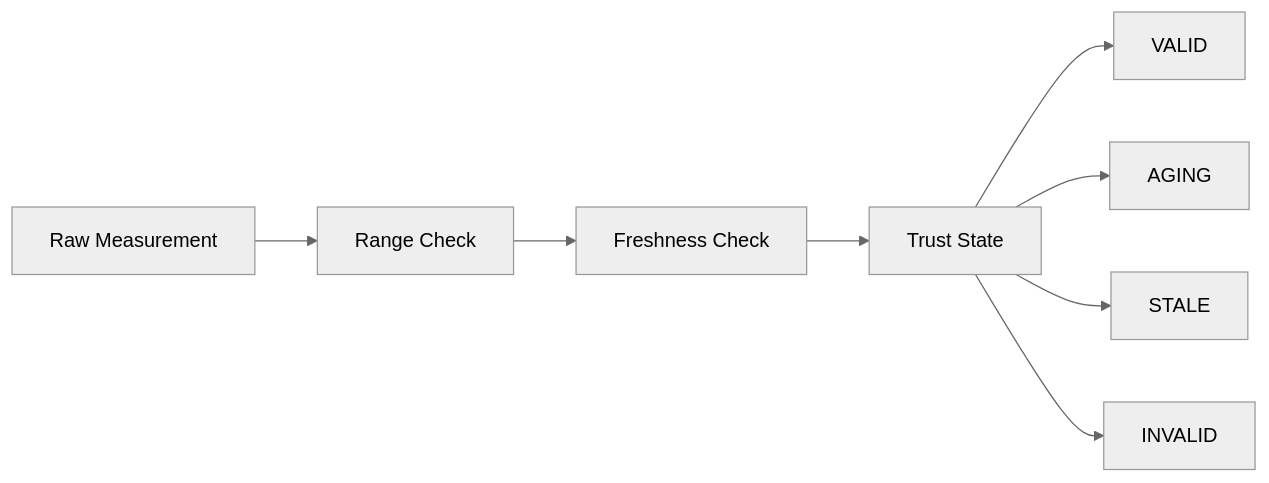
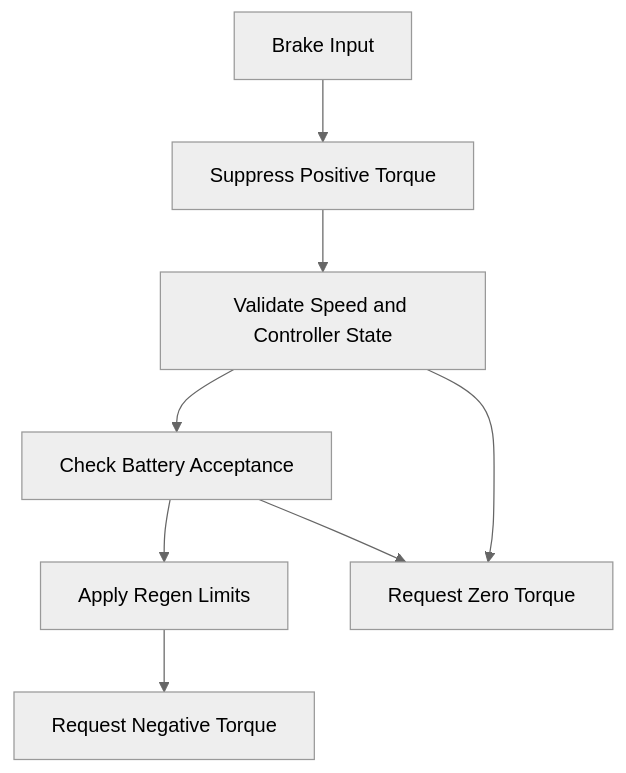
One commit to tspreck/ferrous-drive changed the tenth of 15 diagrams in docs/architecture.md. Above: the diagram before and after it, drawn with Mermaid (neutral theme). The commit also changed other lines of this file, not shown here.

First line of the commit message:
Revise architecture.md for clarity and updates

````diff
--- a/docs/architecture.md
+++ b/docs/architecture.md
@@ -206,17 +803,19 @@
 ```mermaid
-flowchart LR
+flowchart TD
+    Brake[Brake Input]
+    StopAssist[Suppress Positive Torque]
+    Trust[Validate Speed and Controller State]
+    Battery[Check Battery Acceptance]
+    Limits[Apply Regen Limits]
+    Regen[Request Negative Torque]
+    Inhibit[Request Zero Torque]
 
-    Raw[Raw Measurement]
-    Range[Range Check]
-    Freshness[Freshness Check]
-    Trust[Trust State]
+    Brake --> StopAssist
+    StopAssist --> Trust
+    Trust --> Battery
+    Battery --> Limits
+    Limits --> Regen
 
-    Raw --> Range
-    Range --> Freshness
-    Freshness --> Trust
-
-    Trust --> Valid[VALID]
-    Trust --> Aging[AGING]
-    Trust --> Stale[STALE]
-    Trust --> Invalid[INVALID]
+    Trust --> Inhibit
+    Battery --> Inhibit
 ```
````
